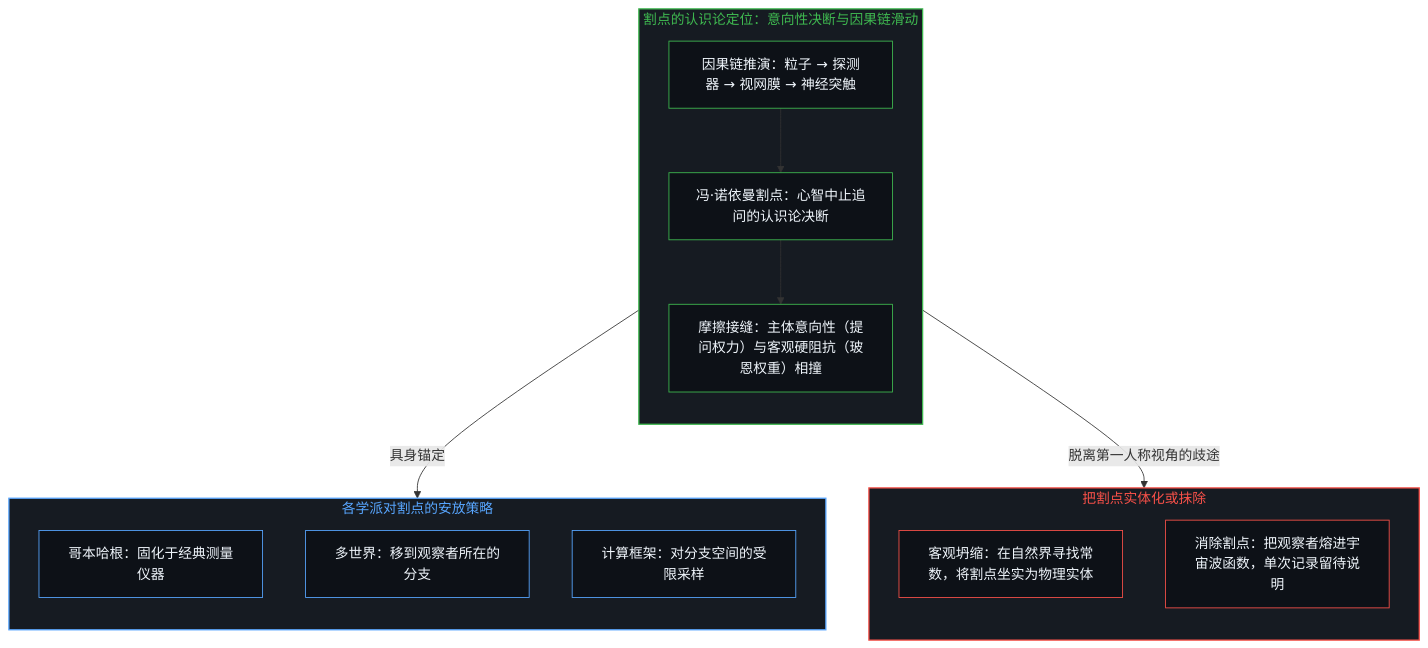
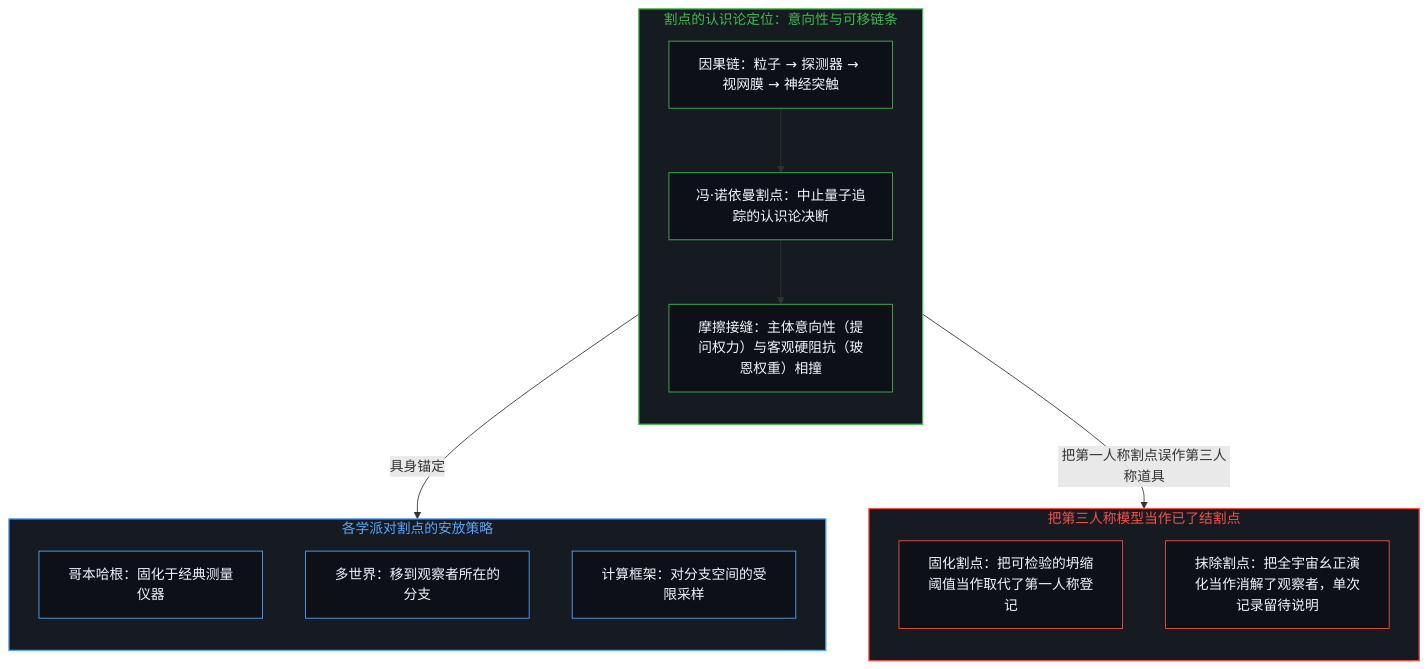
Before and after one commit to powerpig99/not-a-toe: the third of 6 diagrams in content/posts/the-cut-moves-but-never-vanishes.md, drawn with Mermaid. The commit also changed other lines of this file and 5 other files, not shown here.

````diff
--- a/content/posts/the-cut-moves-but-never-vanishes.md
+++ b/content/posts/the-cut-moves-but-never-vanishes.md
@@ -99,35 +99,35 @@
 ```mermaid
 flowchart TD
-    subgraph S_CutMovable["割点的认识论定位：意向性决断与因果链滑动"]
+    subgraph S_CutMovable["割点的认识论定位：意向性与可移链条"]
         direction TB
-        C_Chain["因果链推演：粒子 → 探测器 → 视网膜 → 神经突触"]
-        C_Cut["冯·诺依曼割点：心智中止追问的认识论决断"]
+        C_Chain["因果链：粒子 → 探测器 → 视网膜 → 神经突触"]
+        C_Cut["冯·诺依曼割点：中止量子追踪的认识论决断"]
         C_Friction["摩擦接缝：主体意向性（提问权力）与客观硬阻抗（玻恩权重）相撞"]
         C_Chain --> C_Cut
         C_Cut --> C_Friction
     end
-    subgraph S_CutErased["把割点实体化或抹除"]
+    subgraph S_CutErased["把第三人称模型当作已了结割点"]
         direction TB
-        E_Entity["客观坍缩：在自然界寻找常数，将割点坐实为物理实体"]
-        E_Universe["消除割点：把观察者熔进宇宙波函数，单次记录留待说明"]
+        E_Entity["固化割点：把可检验的坍缩阈值当作取代了第一人称登记"]
+        E_Universe["抹除割点：把全宇宙幺正演化当作消解了观察者，单次记录留待说明"]
     end
     subgraph S_Schools["各学派对割点的安放策略"]
         direction TB
         P_Copenhagen["哥本哈根：固化于经典测量仪器"]
         P_ManyWorlds["多世界：移到观察者所在的分支"]
         P_Wolfram["计算框架：对分支空间的受限采样"]
     end
     C_Friction -->|"具身锚定"| S_Schools
-    C_Cut -->|"脱离第一人称视角的歧途"| S_CutErased
+    C_Cut -->|"把第一人称割点误作第三人称道具"| S_CutErased
     style S_CutMovable fill:#161b22,stroke:#3fb950,stroke-width:1.5px,color:#3fb950
     style S_CutErased fill:#161b22,stroke:#f85149,stroke-width:1.5px,color:#f85149
     style S_Schools fill:#161b22,stroke:#58a6ff,stroke-width:1.5px,color:#58a6ff
     style C_Chain fill:#0d1117,stroke:#3fb950,stroke-width:1px,color:#f0f6fc
     style C_Cut fill:#0d1117,stroke:#3fb950,stroke-width:1px,color:#f0f6fc
     style C_Friction fill:#0d1117,stroke:#3fb950,stroke-width:1px,color:#f0f6fc
     style E_Entity fill:#0d1117,stroke:#f85149,stroke-width:1px,color:#f0f6fc
     style E_Universe fill:#0d1117,stroke:#f85149,stroke-width:1px,color:#f0f6fc
     style P_Copenhagen fill:#0d1117,stroke:#58a6ff,stroke-width:1px,color:#f0f6fc
     style P_ManyWorlds fill:#0d1117,stroke:#58a6ff,stroke-width:1px,color:#f0f6fc
     style P_Wolfram fill:#0d1117,stroke:#58a6ff,stroke-width:1px,color:#f0f6fc
 ```
````
